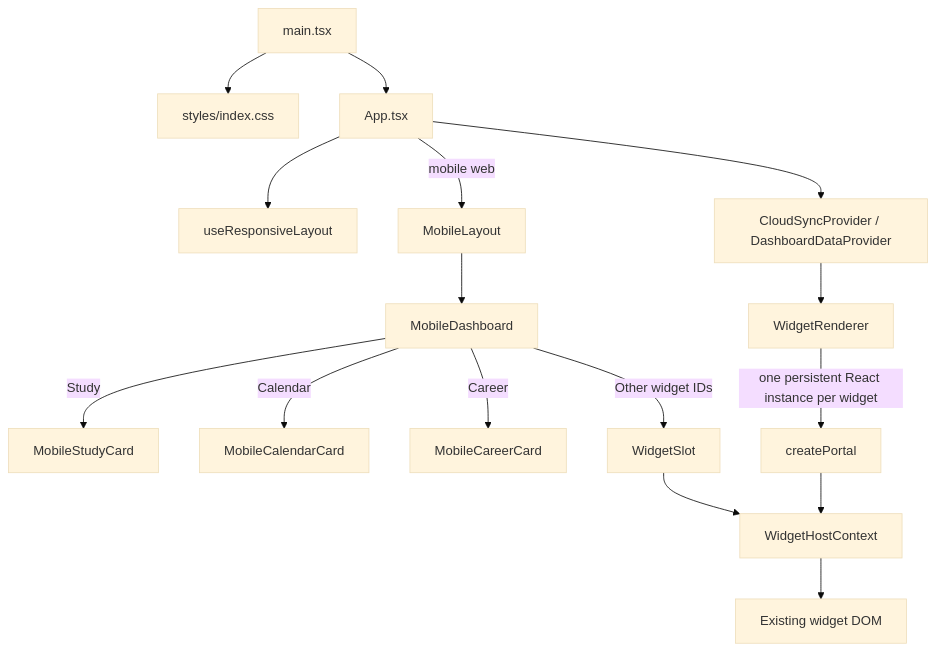
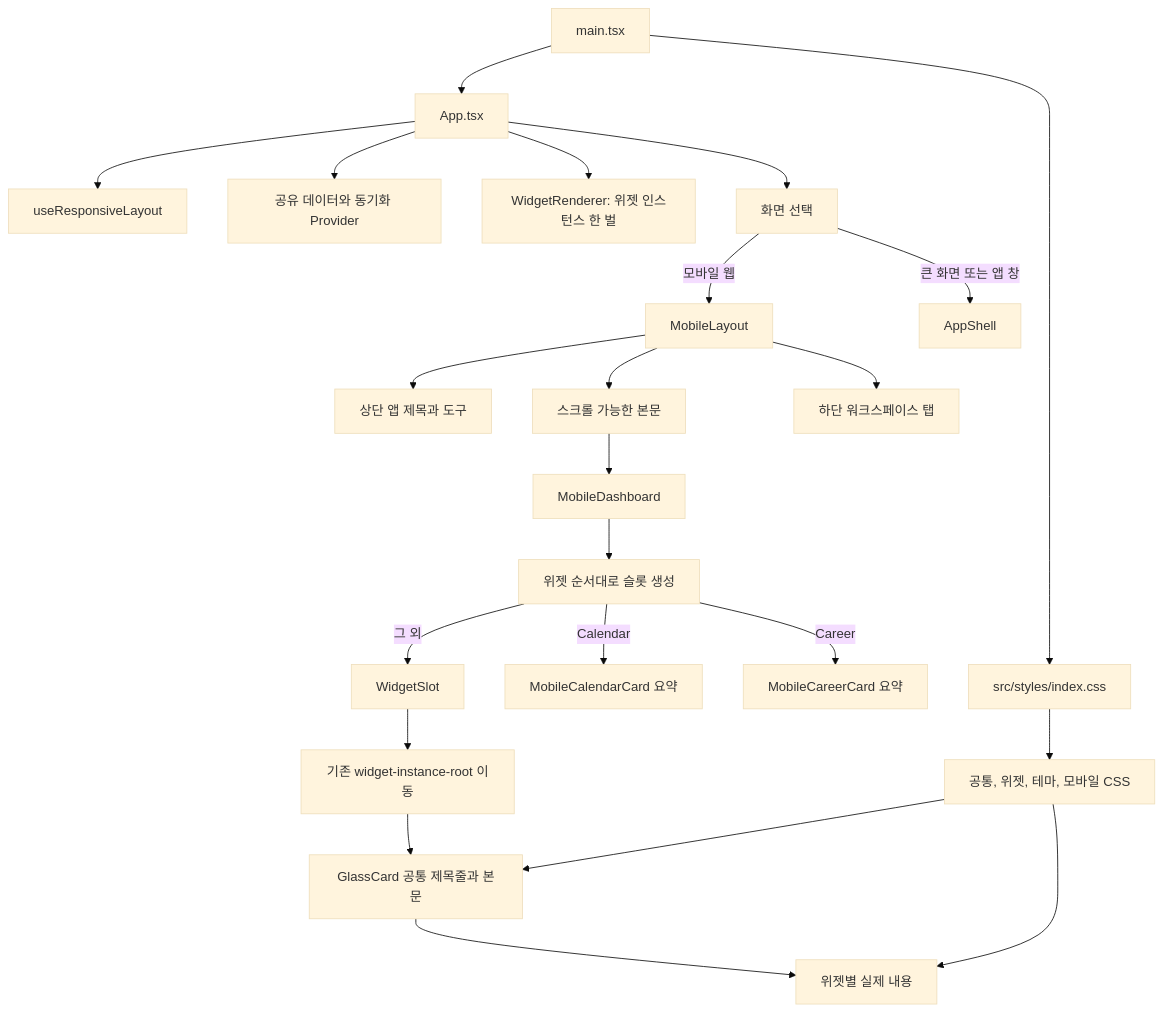
One commit to haileychoii/glassday changed the first of 2 diagrams in docs/mobile-ui-map.md. Above: the diagram before and after it, drawn with Mermaid (base theme). The commit also changed other lines of this file and 6 other files, not shown here.

Commit message:
Document UI architecture and Figma implementation paths

````diff
--- a/docs/mobile-ui-map.md
+++ b/docs/mobile-ui-map.md
@@ -7,18 +14,25 @@
 ```mermaid
 flowchart TD
-  A[main.tsx] --> B[styles/index.css]
-  A --> C[App.tsx]
-  C --> D[useResponsiveLayout]
-  C --> E[CloudSyncProvider / DashboardDataProvider]
-  E --> F[WidgetRenderer]
-  C -->|mobile web| G[MobileLayout]
-  G --> H[MobileDashboard]
-  H -->|Study| I[MobileStudyCard]
-  H -->|Calendar| J[MobileCalendarCard]
-  H -->|Career| K[MobileCareerCard]
-  H -->|Other widget IDs| L[WidgetSlot]
-  L --> M[WidgetHostContext]
-  F -->|one persistent React instance per widget| N[createPortal]
-  N --> M
-  M --> O[Existing widget DOM]
+  A[main.tsx] --> B[App.tsx]
+  A --> S[src/styles/index.css]
+  B --> R[useResponsiveLayout]
+  B --> P[공유 데이터와 동기화 Provider]
+  B --> W[WidgetRenderer: 위젯 인스턴스 한 벌]
+  B --> D[화면 선택]
+  D -->|모바일 웹| ML[MobileLayout]
+  D -->|큰 화면 또는 앱 창| AL[AppShell]
+  ML --> H[상단 앱 제목과 도구]
+  ML --> M[스크롤 가능한 본문]
+  ML --> N[하단 워크스페이스 탭]
+  M --> MD[MobileDashboard]
+  MD --> SLOT[위젯 순서대로 슬롯 생성]
+  SLOT -->|Calendar| MC[MobileCalendarCard 요약]
+  SLOT -->|Career| MR[MobileCareerCard 요약]
+  SLOT -->|그 외| WS[WidgetSlot]
+  WS --> HOST[기존 widget-instance-root 이동]
+  HOST --> GC[GlassCard 공통 제목줄과 본문]
+  GC --> CONTENT[위젯별 실제 내용]
+  S --> CSS[공통, 위젯, 테마, 모바일 CSS]
+  CSS --> GC
+  CSS --> CONTENT
 ```
````
